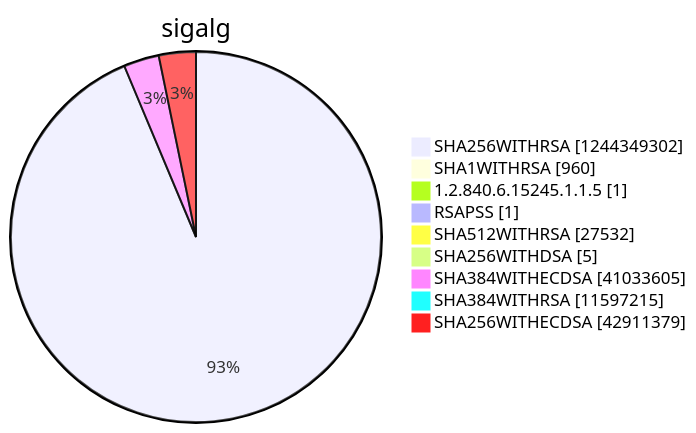
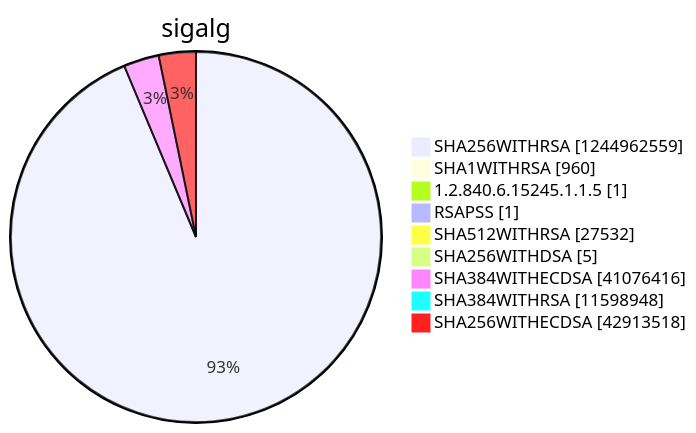
Diagram 15 of 15 in argon2022/README.md (christiankrug/ctmonitor_visualization), drawn with Mermaid before and after one commit. The commit also changed other lines of this file, not shown here.

````diff
--- a/argon2022/README.md
+++ b/argon2022/README.md
@@ -5522,13 +5522,13 @@
 ```mermaid
 pie showData
 title sigalg
-"SHA256WITHRSA" :1244349302
+"SHA256WITHRSA" :1244962559
 "SHA1WITHRSA" :960
 "1.2.840.6.15245.1.1.5" :1
 "RSAPSS" :1
 "SHA512WITHRSA" :27532
 "SHA256WITHDSA" :5
-"SHA384WITHECDSA" :41033605
-"SHA384WITHRSA" :11597215
-"SHA256WITHECDSA" :42911379
+"SHA384WITHECDSA" :41076416
+"SHA384WITHRSA" :11598948
+"SHA256WITHECDSA" :42913518
 ```
````
